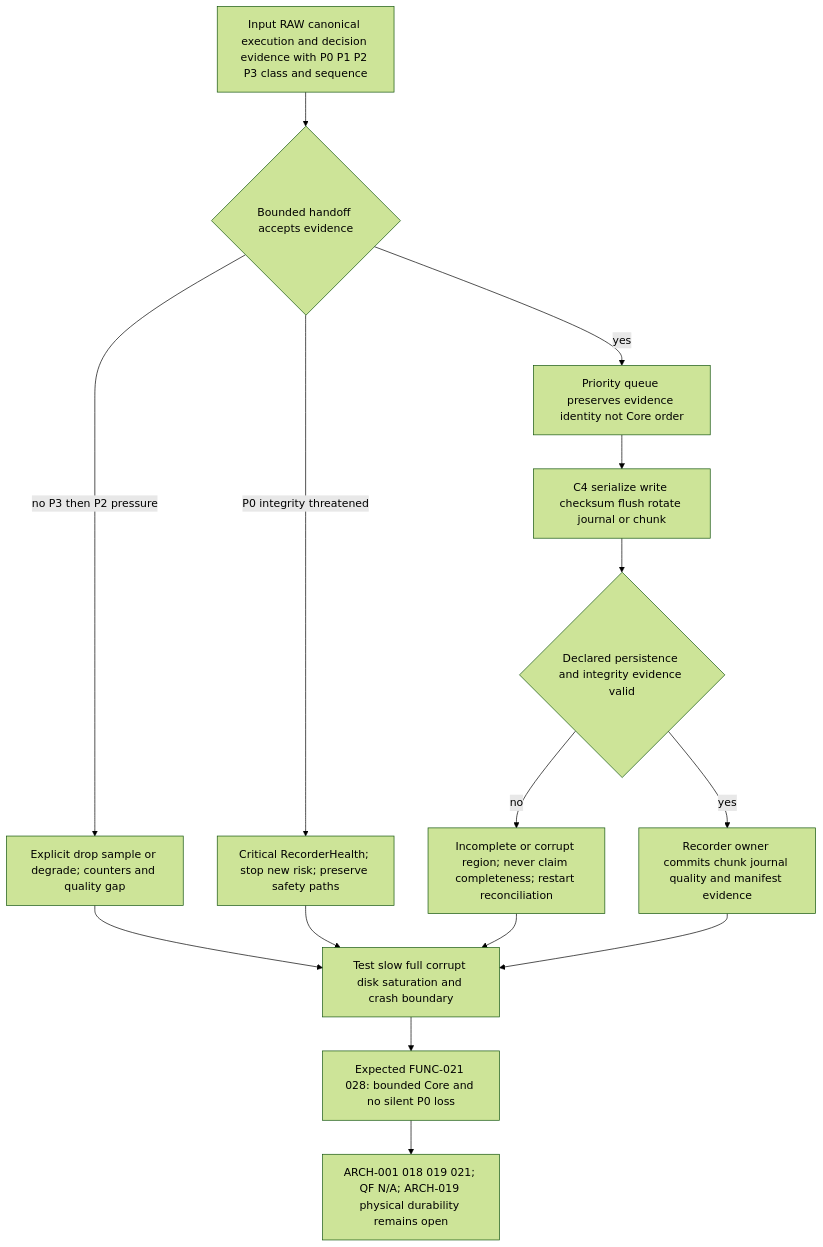
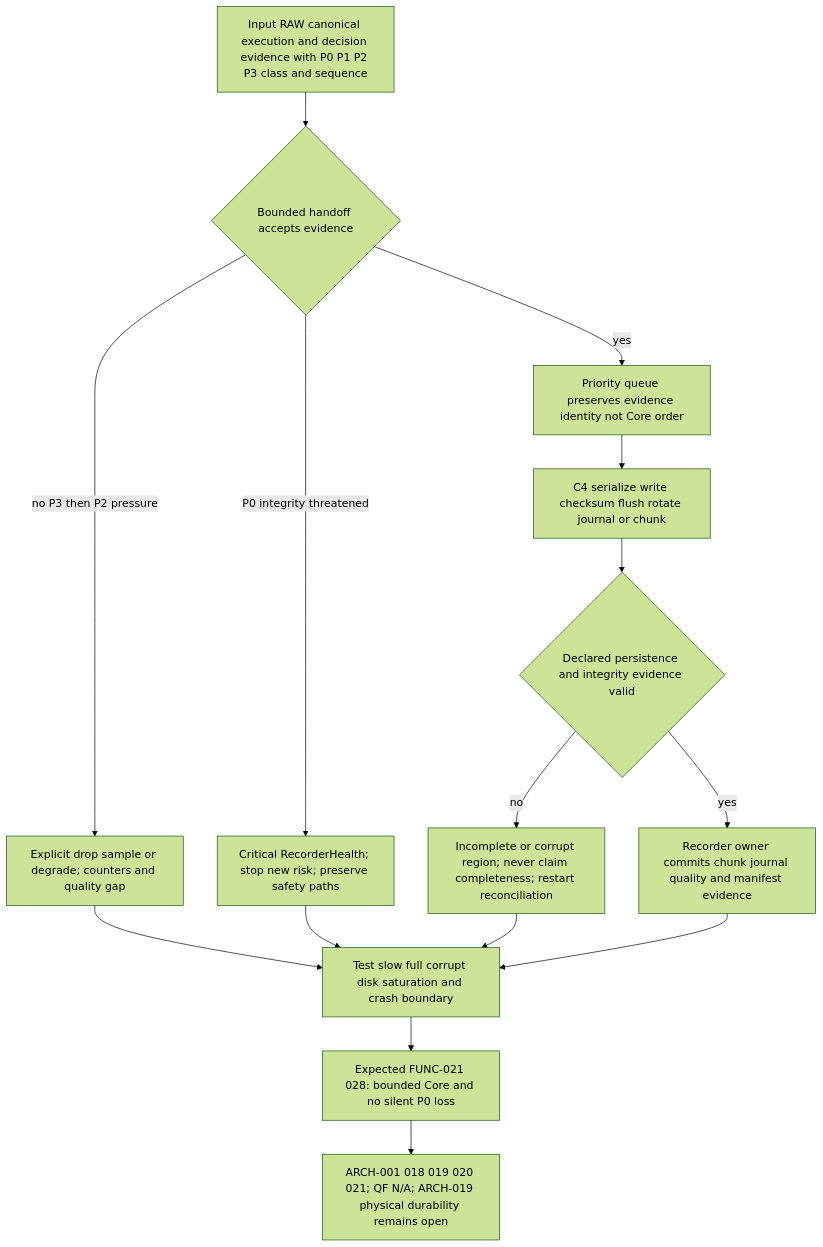
One commit to Insular2895/hyperliquid-arbitrage-bot changed diagram 26 of 37 in docs_v2/deep-specs/architecture/15_ARCHITECTURE_VISUAL_ATLAS.md. Above: the diagram before and after it, drawn with Mermaid (forest theme). The commit also changed other lines of this file and 3 other files, not shown here.

````diff
--- a/docs_v2/deep-specs/architecture/15_ARCHITECTURE_VISUAL_ATLAS.md
+++ b/docs_v2/deep-specs/architecture/15_ARCHITECTURE_VISUAL_ATLAS.md
@@ -979,17 +991,17 @@
 ```mermaid
 flowchart TD
     I26["Input RAW canonical execution and decision evidence with P0 P1 P2 P3 class and sequence"] --> B26{"Bounded handoff accepts evidence"}
     B26 -->|no P3 then P2 pressure| L26["Explicit drop sample or degrade; counters and quality gap"]
     B26 -->|P0 integrity threatened| H26["Critical RecorderHealth; stop new risk; preserve safety paths"]
     B26 -->|yes| Q26["Priority queue preserves evidence identity not Core order"]
     Q26 --> W26["C4 serialize write checksum flush rotate journal or chunk"]
     W26 --> P26{"Declared persistence and integrity evidence valid"}
     P26 -->|no| G26["Incomplete or corrupt region; never claim completeness; restart reconciliation"]
     P26 -->|yes| O26["Recorder owner commits chunk journal quality and manifest evidence"]
     O26 --> T26["Test slow full corrupt disk saturation and crash boundary"]
     L26 --> T26
     H26 --> T26
     G26 --> T26
     T26 --> A26["Expected FUNC-021 028: bounded Core and no silent P0 loss"]
-    A26 --> Z26["ARCH-001 018 019 021; QF N/A; ARCH-019 physical durability remains open"]
+    A26 --> Z26["ARCH-001 018 019 020 021; QF N/A; ARCH-019 physical durability remains open"]
 ```
````
